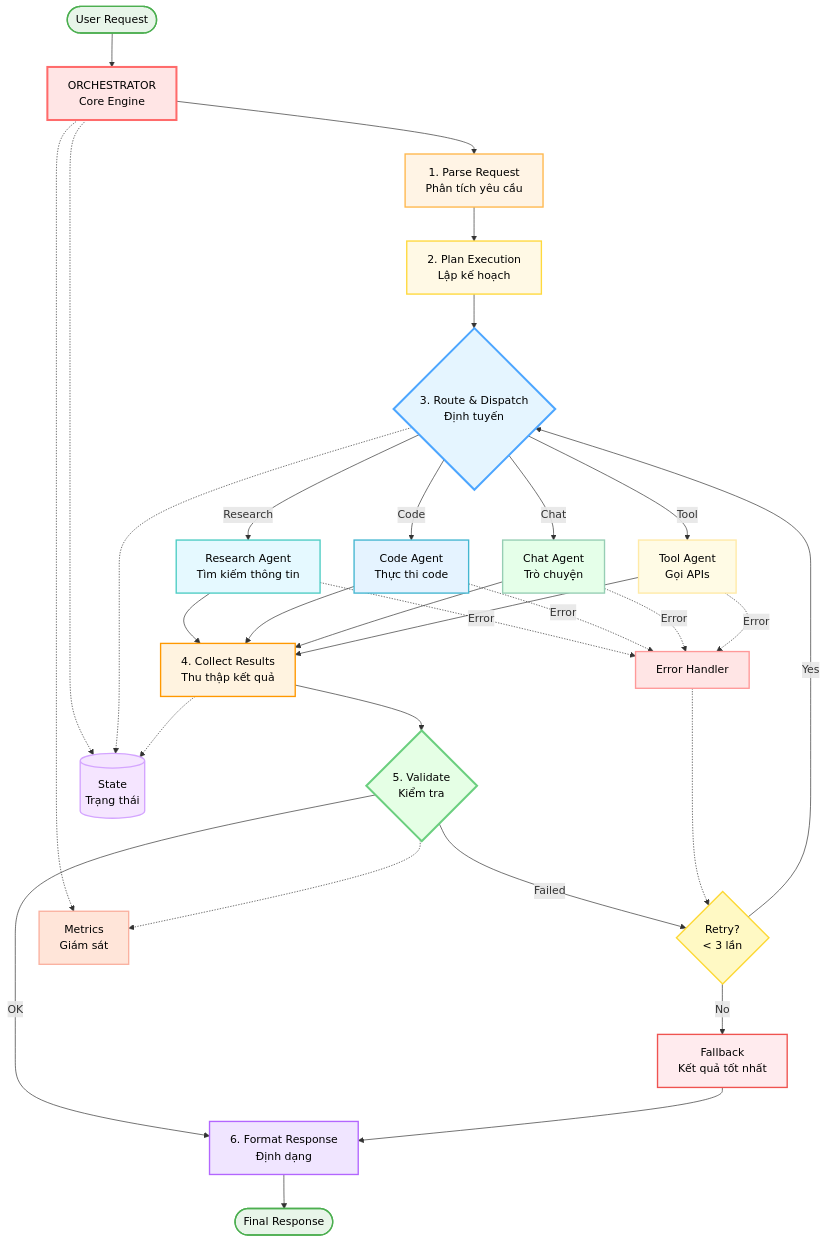
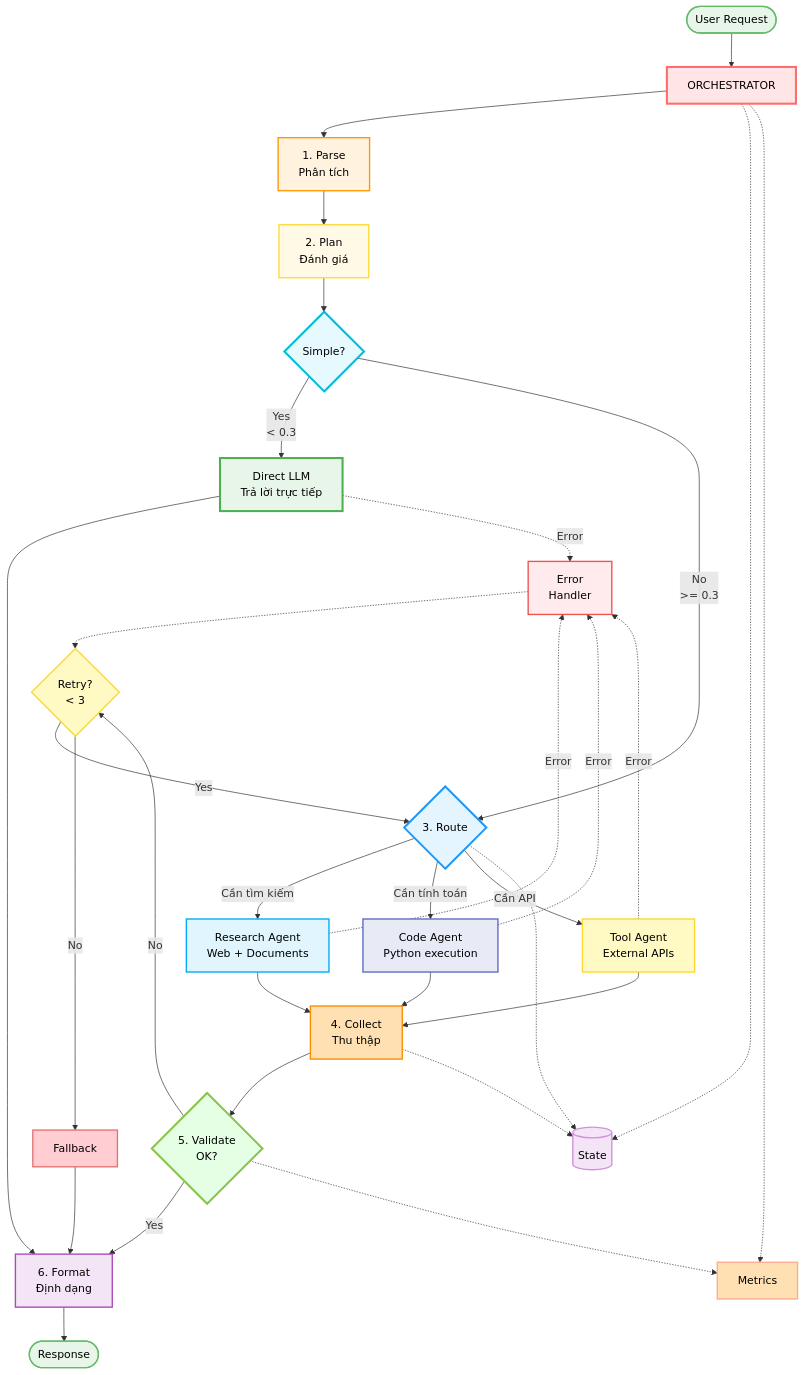
One commit to DTin01603/AI_project changed the diagram in flowchart TD.mmd. Above: the diagram before and after it, drawn with Mermaid.

Commit message:
Tin_init

```diff
--- a/flowchart TD.mmd
+++ b/flowchart TD.mmd
@@ -1,69 +1,78 @@
 flowchart TD
-    Start([User Request]) --> Orchestrator[ORCHESTRATOR<br/>Core Engine]
+    Start([User Request]) --> Orchestrator[ORCHESTRATOR]
+
     
-    Orchestrator --> Parse[1. Parse Request<br/>Phân tích yêu cầu]
+    Orchestrator --> Parse[1. Parse<br/>Phân tích]
     
-    Parse --> Plan[2. Plan Execution<br/>Lập kế hoạch]
+    Parse --> Plan[2. Plan<br/>Đánh giá]
     
-    Plan --> Route{3. Route & Dispatch<br/>Định tuyến}
+    Plan --> Classify{Simple?}
     
-    Route -->|Research| RA[Research Agent<br/>Tìm kiếm thông tin]
-    Route -->|Code| CA[Code Agent<br/>Thực thi code]
-    Route -->|Chat| ChatA[Chat Agent<br/>Trò chuyện]
-    Route -->|Tool| TA[Tool Agent<br/>Gọi APIs]
+    %% Simple path
+    Classify -->|Yes<br/>< 0.3| DirectLLM[Direct LLM<br/>Trả lời trực tiếp]
+    DirectLLM --> Format
     
-    RA --> Collect[4. Collect Results<br/>Thu thập kết quả]
-    CA --> Collect
-    ChatA --> Collect
-    TA --> Collect
+    %% Complex path
+    Classify -->|No<br/>>= 0.3| Route{3. Route}
     
-    Collect --> Validate{5. Validate<br/>Kiểm tra}
+    Route -->|Cần tìm kiếm| Research[Research Agent<br/>Web + Documents]
+    Route -->|Cần tính toán| Code[Code Agent<br/>Python execution]
+    Route -->|Cần API| Tool[Tool Agent<br/>External APIs]
     
-    Validate -->|OK| Format[6. Format Response<br/>Định dạng]
-    Validate -->|Failed| Retry{Retry?<br/>< 3 lần}
+    Research --> Collect[4. Collect<br/>Thu thập]
+    Code --> Collect
+    Tool --> Collect
+    
+    Collect --> Validate{5. Validate<br/>OK?}
+    
+    Validate -->|Yes| Format[6. Format<br/>Định dạng]
+    Validate -->|No| Retry{Retry?<br/>< 3}
     
     Retry -->|Yes| Route
-    Retry -->|No| Fallback[Fallback<br/>Kết quả tốt nhất]
+    Retry -->|No| Fallback[Fallback]
     Fallback --> Format
     
-    Format --> Response([Final Response])
+    Format --> Response([Response])
     
     %% Error handling
-    RA -.->|Error| ErrorHandler[Error Handler]
-    CA -.->|Error| ErrorHandler
-    ChatA -.->|Error| ErrorHandler
-    TA -.->|Error| ErrorHandler
+    Research -.->|Error| ErrorHandler[Error<br/>Handler]
+    Code -.->|Error| ErrorHandler
+    Tool -.->|Error| ErrorHandler
+    DirectLLM -.->|Error| ErrorHandler
     ErrorHandler -.-> Retry
     
     %% Monitoring
-    State[(State<br/>Trạng thái)]
-    Metrics[Metrics<br/>Giám sát]
+    State[(State)]
+    Metrics[Metrics]
     
     Orchestrator -.-> State
     Route -.-> State
     Collect -.-> State
     
     Orchestrator -.-> Metrics
     Validate -.-> Metrics
     
     style Orchestrator fill:#FFE5E5,stroke:#FF6B6B,stroke-width:3px,color:#000
-    style Parse fill:#FFF4E5,stroke:#FFB84D,stroke-width:2px,color:#000
+    style Classify fill:#E5F9FF,stroke:#00BCD4,stroke-width:3px,color:#000
+    style DirectLLM fill:#E8F5E9,stroke:#4CAF50,stroke-width:3px,color:#000
+    style Route fill:#E5F5FF,stroke:#2196F3,stroke-width:3px,color:#000
+    style Validate fill:#E5FFE5,stroke:#8BC34A,stroke-width:3px,color:#000
+    
+    style Research fill:#E1F5FE,stroke:#03A9F4,stroke-width:2px,color:#000
+    style Code fill:#E8EAF6,stroke:#5C6BC0,stroke-width:2px,color:#000
+    style Tool fill:#FFF9C4,stroke:#FDD835,stroke-width:2px,color:#000
+    
+    style Parse fill:#FFF3E0,stroke:#FF9800,stroke-width:2px,color:#000
     style Plan fill:#FFF9E5,stroke:#FFD93D,stroke-width:2px,color:#000
-    style Route fill:#E5F5FF,stroke:#4DA6FF,stroke-width:3px,color:#000
-    style Validate fill:#E5FFE5,stroke:#6BCF7F,stroke-width:3px,color:#000
-    style Format fill:#F0E5FF,stroke:#B366FF,stroke-width:2px,color:#000
-    style ErrorHandler fill:#FFE5E5,stroke:#FF9999,stroke-width:2px,color:#000
+    style Format fill:#F3E5F5,stroke:#AB47BC,stroke-width:2px,color:#000
+    style Collect fill:#FFE0B2,stroke:#FB8C00,stroke-width:2px,color:#000
     
-    style RA fill:#E5F9FF,stroke:#4ECDC4,stroke-width:2px,color:#000
-    style CA fill:#E5F3FF,stroke:#45B7D1,stroke-width:2px,color:#000
-    style ChatA fill:#E5FFE9,stroke:#96CEB4,stroke-width:2px,color:#000
-    style TA fill:#FFFBE5,stroke:#FFEAA7,stroke-width:2px,color:#000
+    style ErrorHandler fill:#FFEBEE,stroke:#EF5350,stroke-width:2px,color:#000
+    style Retry fill:#FFF9C4,stroke:#FDD835,stroke-width:2px,color:#000
+    style Fallback fill:#FFCDD2,stroke:#E57373,stroke-width:2px,color:#000
     
-    style State fill:#F5E5FF,stroke:#D4A5FF,stroke-width:2px,color:#000
-    style Metrics fill:#FFE5D9,stroke:#FAB1A0,stroke-width:2px,color:#000
+    style State fill:#F3E5F5,stroke:#CE93D8,stroke-width:2px,color:#000
+    style Metrics fill:#FFE0B2,stroke:#FFAB91,stroke-width:2px,color:#000
     
-    style Start fill:#E8F5E9,stroke:#4CAF50,stroke-width:2px,color:#000
-    style Response fill:#E8F5E9,stroke:#4CAF50,stroke-width:2px,color:#000
-    style Collect fill:#FFF3E0,stroke:#FF9800,stroke-width:2px,color:#000
-    style Retry fill:#FFF9C4,stroke:#FDD835,stroke-width:2px,color:#000
-    style Fallback fill:#FFEBEE,stroke:#EF5350,stroke-width:2px,color:#000
+    style Start fill:#E8F5E9,stroke:#66BB6A,stroke-width:2px,color:#000
+    style Response fill:#E8F5E9,stroke:#66BB6A,stroke-width:2px,color:#000
```
